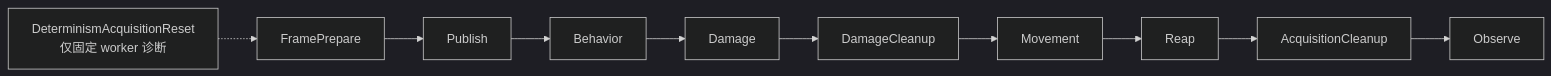
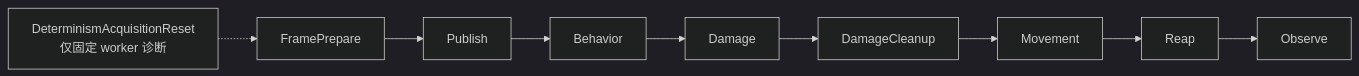
The diagram in demo/SpaceBattle/DESIGN.md (yhcedpn/Typhon), drawn with Mermaid (dark theme) before and after one commit. The commit also changed other lines of this file and 25 other files, not shown here.

````diff
--- a/demo/SpaceBattle/DESIGN.md
+++ b/demo/SpaceBattle/DESIGN.md
@@ -127,12 +128,11 @@
 ```mermaid
 flowchart LR
     FP[FramePrepare] --> P[Publish]
     P --> B[Behavior]
     B --> D[Damage]
     D --> DC[DamageCleanup]
     DC --> M[Movement]
     M --> R[Reap]
-    R --> AC[AcquisitionCleanup]
-    AC --> O[Observe]
+    R --> O[Observe]
     DR[DeterminismAcquisitionReset\n仅固定 worker 诊断] -.-> FP
 ```
````
